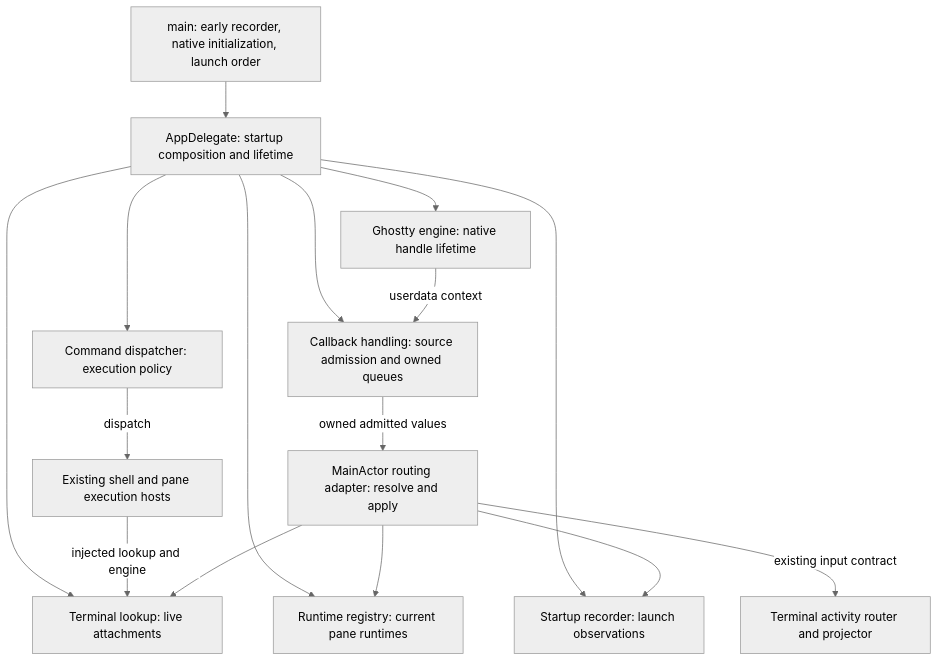
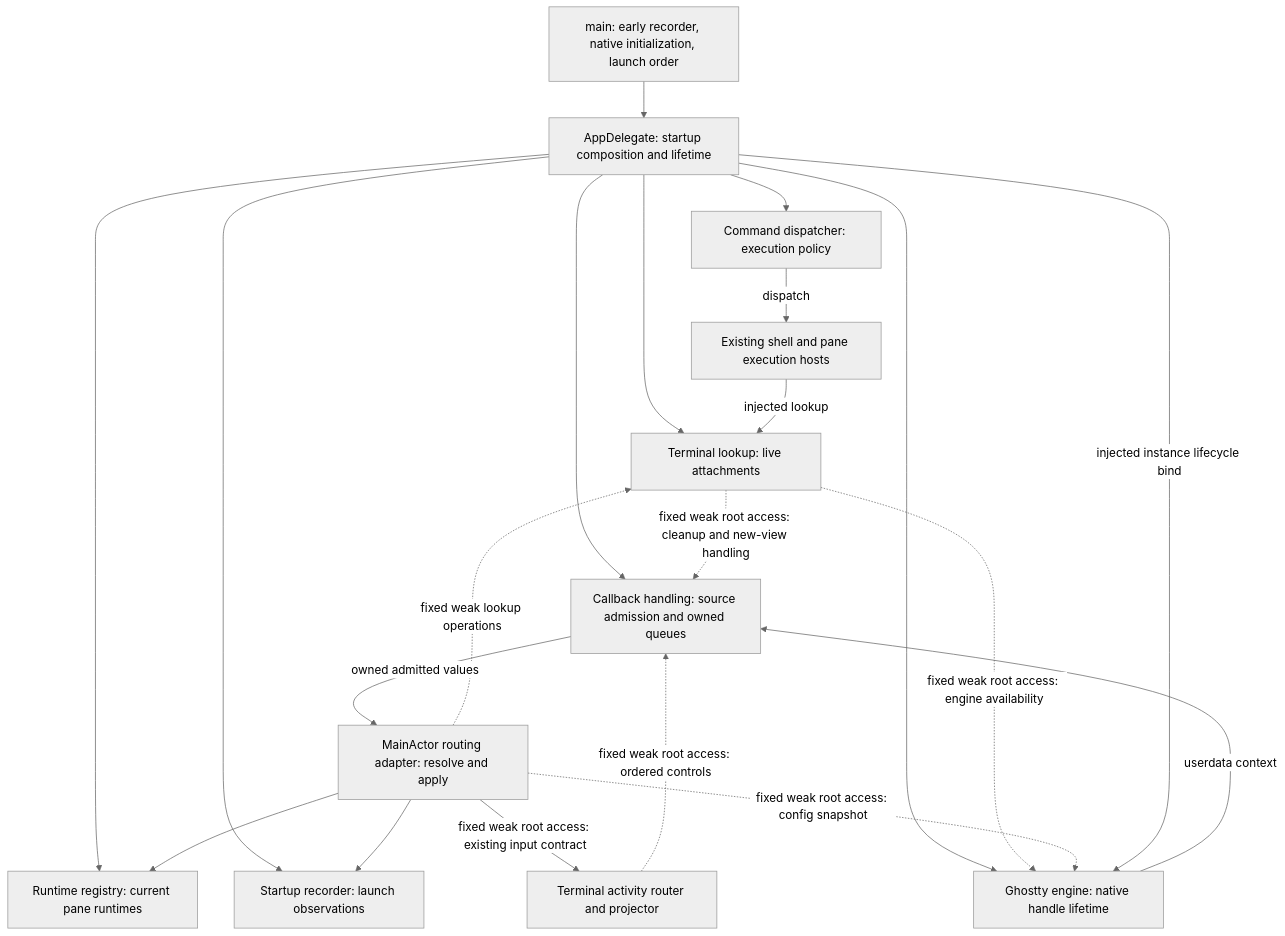
One commit to getagentstudio/agentstudio changed the first of 6 diagrams in docs/specs/2026-10-02-composition-root-di/2026-10-06-composition-root-di-program-design.md. Above: the diagram before and after it, drawn with Mermaid (neutral theme). The commit also changed other lines of this file and 3 other files, not shown here.

````diff
--- a/docs/specs/2026-10-02-composition-root-di/2026-10-06-composition-root-di-program-design.md
+++ b/docs/specs/2026-10-02-composition-root-di/2026-10-06-composition-root-di-program-design.md
@@ -14,18 +14,23 @@
 ```mermaid
 flowchart TB
     main["main: early recorder, native initialization, launch order"] --> root["AppDelegate: startup composition and lifetime"]
     root --> commands["Command dispatcher: execution policy"]
     root --> registry["Runtime registry: current pane runtimes"]
     root --> lookup["Terminal lookup: live attachments"]
     root --> recorder["Startup recorder: launch observations"]
     root --> engine["Ghostty engine: native handle lifetime"]
     root --> handling["Callback handling: source admission and owned queues"]
     commands -->|dispatch| hosts["Existing shell and pane execution hosts"]
-    hosts -->|injected lookup and engine| lookup
+    hosts -->|injected lookup| lookup
+    lookup -.->|fixed weak root access: cleanup and new-view handling| handling
+    lookup -.->|fixed weak root access: engine availability| engine
     engine -->|userdata context| handling
     handling -->|owned admitted values| adapter["MainActor routing adapter: resolve and apply"]
     adapter --> registry
-    adapter --> lookup
+    adapter -.->|fixed weak lookup operations| lookup
     adapter --> recorder
-    adapter -->|existing input contract| activity["Terminal activity router and projector"]
+    adapter -->|fixed weak root access: existing input contract| activity["Terminal activity router and projector"]
+    activity -.->|fixed weak root access: ordered controls| handling
+    adapter -.->|fixed weak root access: config snapshot| engine
+    root -->|injected instance lifecycle bind| engine
 ```
````
